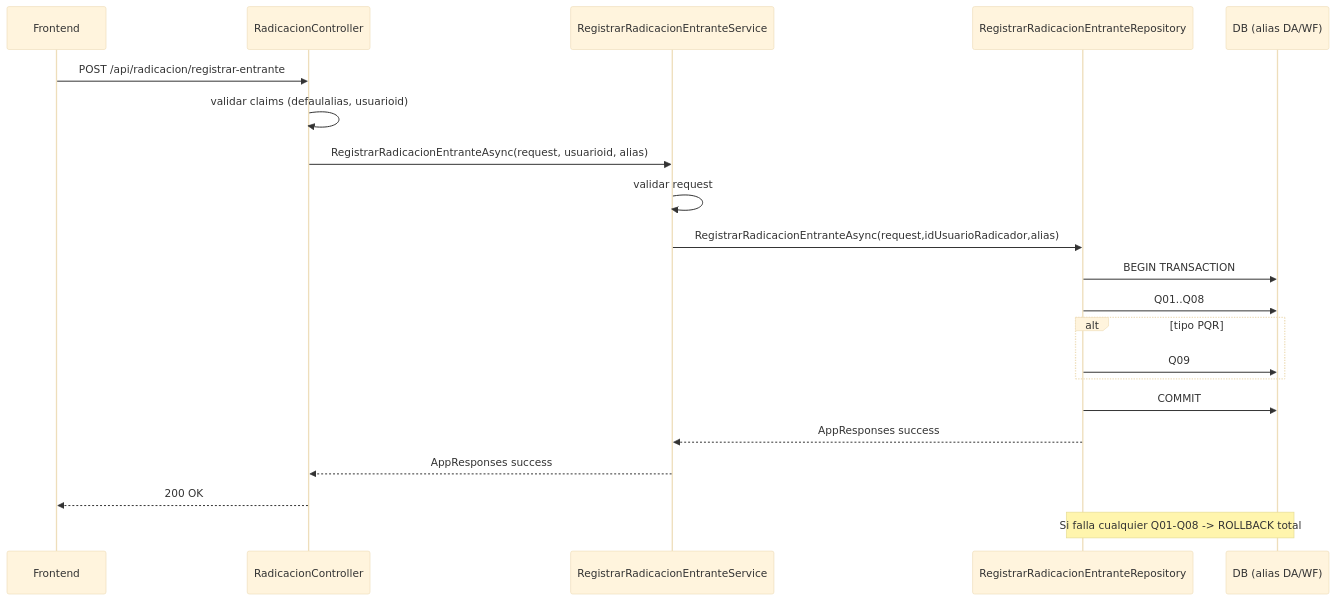
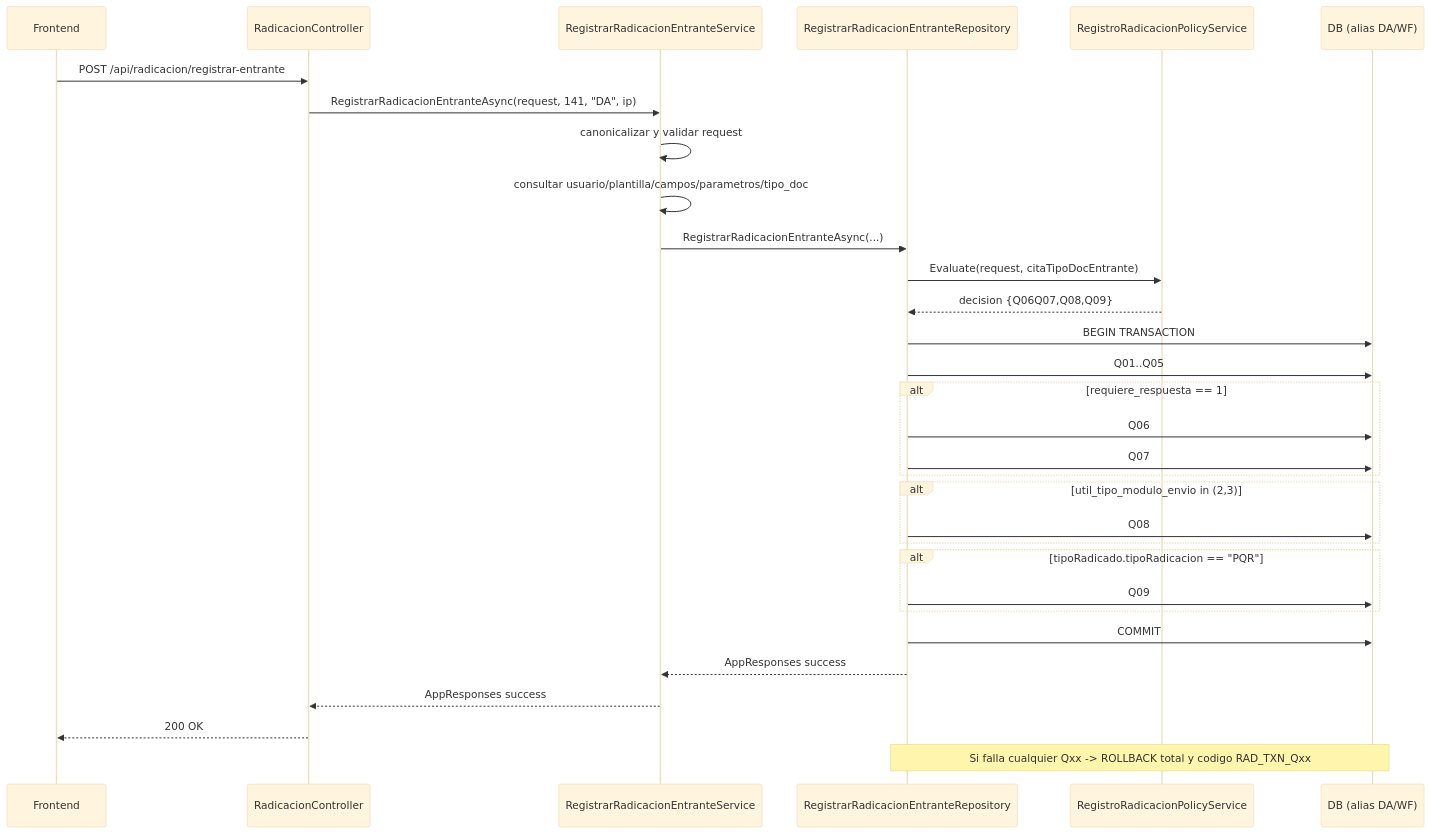
One commit to miguelurueta/DocuArchiCore changed the diagram in Docs/Radicacion/Tramite/SCRUM-42/04-diagrama-secuencia.md. Above: the diagram before and after it, drawn with Mermaid (base theme). The commit also changed 19 other files, not shown here.

Commit message:
chore(scrum-43): actualiza docs y pruebas de radicacion entrante

````diff
--- a/Docs/Radicacion/Tramite/SCRUM-42/04-diagrama-secuencia.md
+++ b/Docs/Radicacion/Tramite/SCRUM-42/04-diagrama-secuencia.md
@@ -3,25 +3,35 @@
 ```mermaid
 sequenceDiagram
     participant FE as Frontend
     participant API as RadicacionController
     participant SVC as RegistrarRadicacionEntranteService
     participant REP as RegistrarRadicacionEntranteRepository
+    participant POL as RegistroRadicacionPolicyService
     participant DB as DB (alias DA/WF)
 
     FE->>API: POST /api/radicacion/registrar-entrante
-    API->>API: validar claims (defaulalias, usuarioid)
-    API->>SVC: RegistrarRadicacionEntranteAsync(request, usuarioid, alias)
-    SVC->>SVC: validar request
-    SVC->>REP: RegistrarRadicacionEntranteAsync(request,idUsuarioRadicador,alias)
+    API->>SVC: RegistrarRadicacionEntranteAsync(request, 141, "DA", ip)
+    SVC->>SVC: canonicalizar y validar request
+    SVC->>SVC: consultar usuario/plantilla/campos/parametros/tipo_doc
+    SVC->>REP: RegistrarRadicacionEntranteAsync(...)
+    REP->>POL: Evaluate(request, citaTipoDocEntrante)
+    POL-->>REP: decision {Q06Q07,Q08,Q09}
     REP->>DB: BEGIN TRANSACTION
-    REP->>DB: Q01..Q08
-    alt tipo PQR
+    REP->>DB: Q01..Q05
+    alt requiere_respuesta == 1
+      REP->>DB: Q06
+      REP->>DB: Q07
+    end
+    alt util_tipo_modulo_envio in (2,3)
+      REP->>DB: Q08
+    end
+    alt tipoRadicado.tipoRadicacion == "PQR"
       REP->>DB: Q09
     end
     REP->>DB: COMMIT
     REP-->>SVC: AppResponses success
     SVC-->>API: AppResponses success
     API-->>FE: 200 OK
 
-    Note over REP,DB: Si falla cualquier Q01-Q08 -> ROLLBACK total
+    Note over REP,DB: Si falla cualquier Qxx -> ROLLBACK total y codigo RAD_TXN_Qxx
 ```
````
